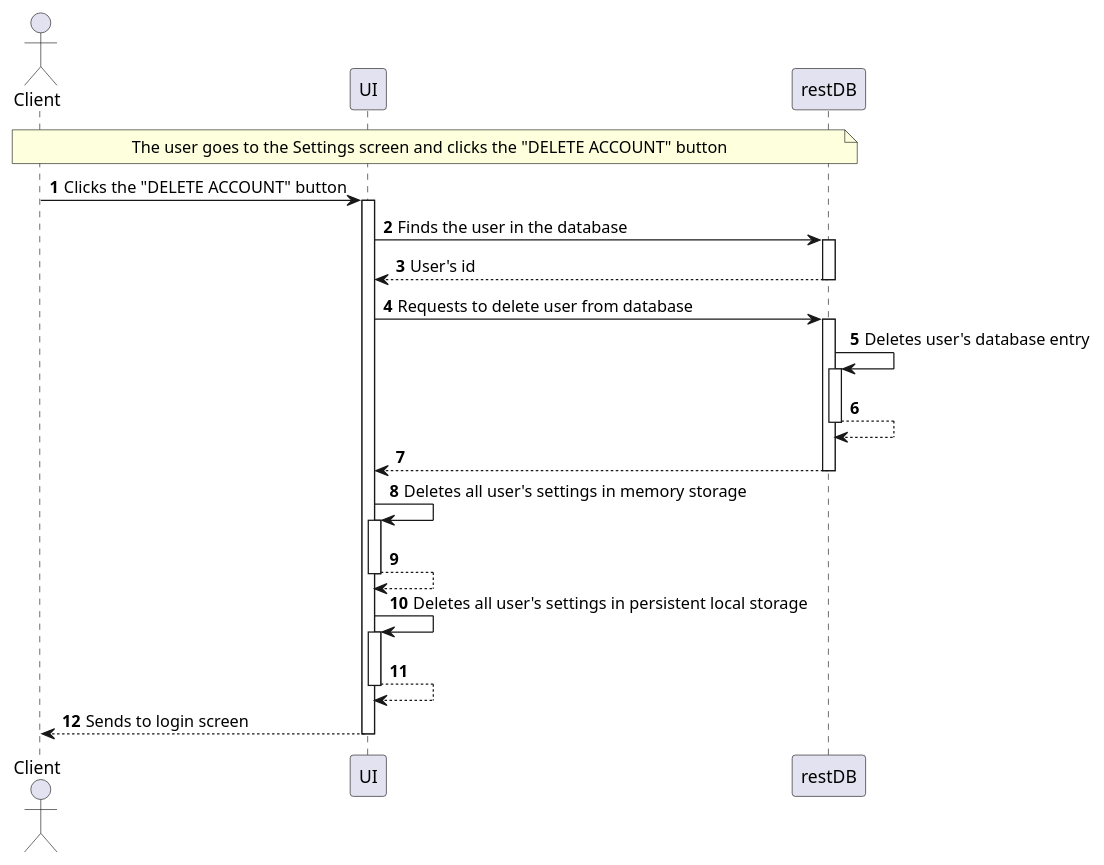
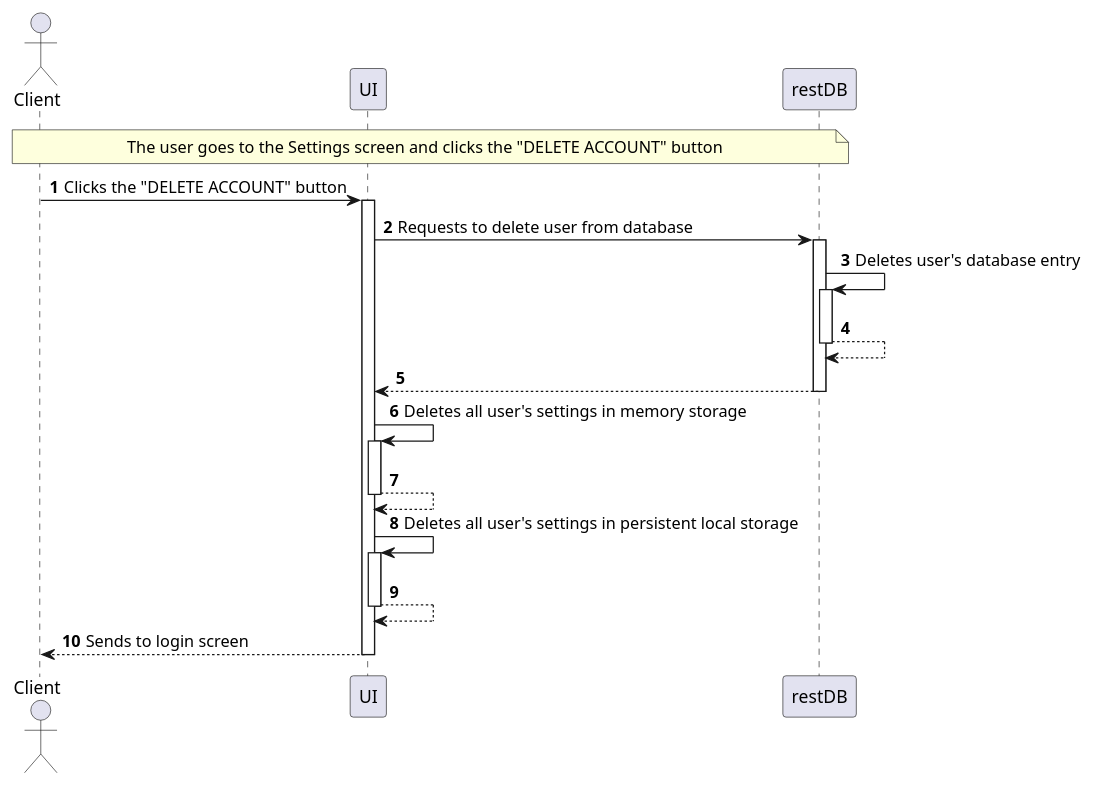
The diagram in UMLs/puml/System Sequence Diagram/UCSS-SSD/UCSS8-SSD.puml (8126Lucas/DSSMV_ProjectReact_1241131_1241008), drawn with PlantUML before and after one commit. The commit also changed 15 other files, not shown here.

```diff
--- a/UMLs/puml/System Sequence Diagram/UCSS-SSD/UCSS8-SSD.puml
+++ b/UMLs/puml/System Sequence Diagram/UCSS-SSD/UCSS8-SSD.puml
@@ -1,25 +1,24 @@
 @startuml
 'https://plantuml.com/sequence-diagram
 
 autonumber
 autoactivate on
 
 Actor "Client" as client
 participant "UI" as ui
 participant "restDB" as restdb
 
 note over client, restdb: The user goes to the Settings screen and clicks the "DELETE ACCOUNT" button
 
 client -> ui: Clicks the "DELETE ACCOUNT" button
-    ui -> restdb: Finds the user in the database
-    restdb --> ui: User's id
     ui -> restdb: Requests to delete user from database
         restdb -> restdb: Deletes user's database entry
         restdb --> restdb
     restdb --> ui
     ui -> ui: Deletes all user's settings in memory storage
     ui --> ui
     ui -> ui: Deletes all user's settings in persistent local storage
     ui --> ui
 ui --> client: Sends to login screen
+
 @enduml
```
